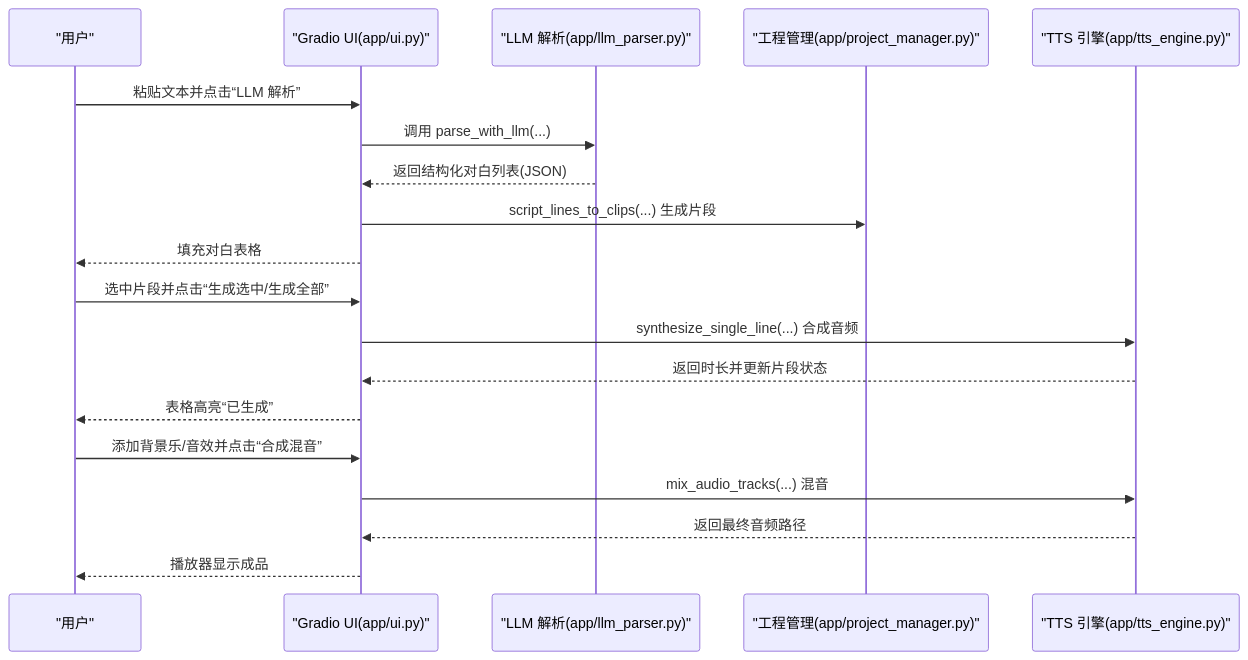
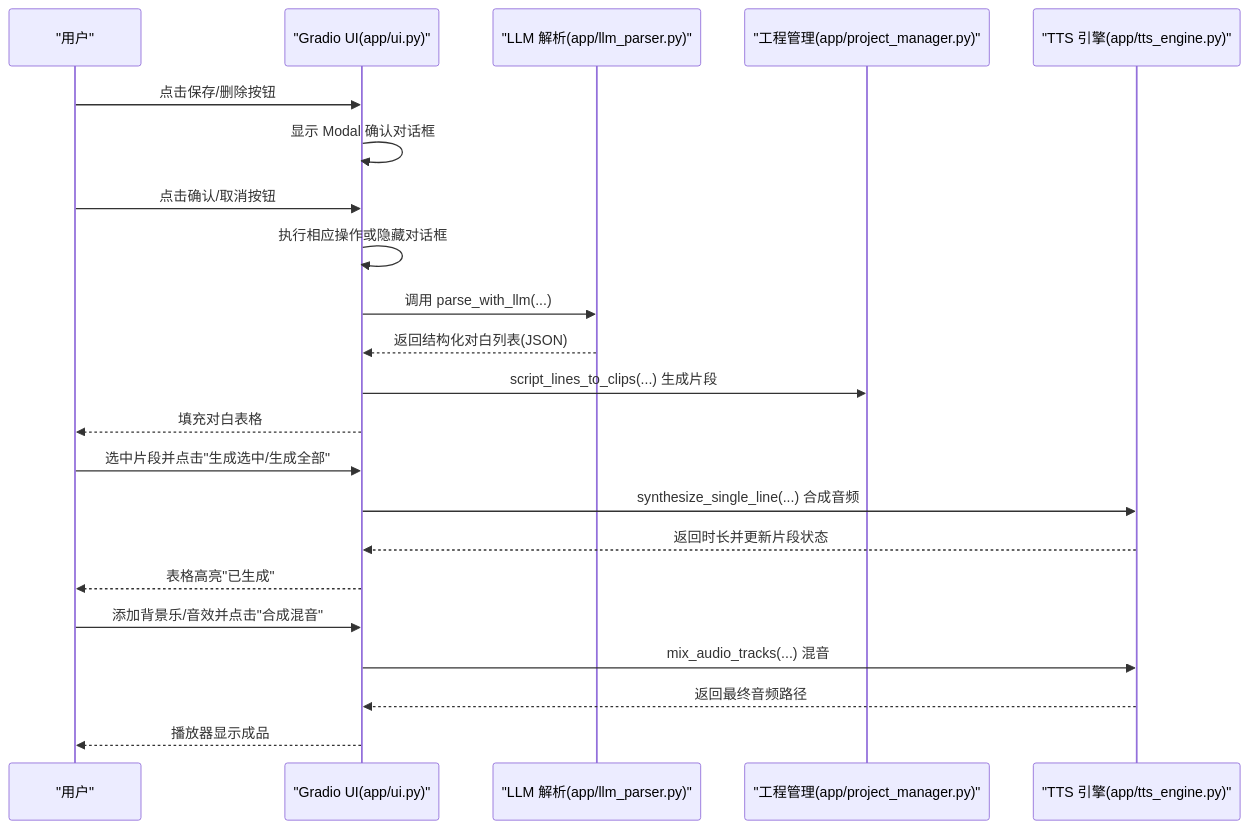
The second of 3 diagrams in .qoder/repowiki/zh/content/用户界面指南.md (sdjeny/tts-studio), drawn with Mermaid before and after one commit. The commit also changed other lines of this file and 10 other files, not shown here.

````diff
--- a/.qoder/repowiki/zh/content/用户界面指南.md
+++ b/.qoder/repowiki/zh/content/用户界面指南.md
@@ -83,21 +104,24 @@
 ```mermaid
 sequenceDiagram
 participant U as "用户"
 participant UI as "Gradio UI(app/ui.py)"
 participant L as "LLM 解析(app/llm_parser.py)"
 participant PM as "工程管理(app/project_manager.py)"
 participant T as "TTS 引擎(app/tts_engine.py)"
-U->>UI : 粘贴文本并点击“LLM 解析”
+U->>UI : 点击保存/删除按钮
+UI->>UI : 显示 Modal 确认对话框
+U->>UI : 点击确认/取消按钮
+UI->>UI : 执行相应操作或隐藏对话框
 UI->>L : 调用 parse_with_llm(...)
 L-->>UI : 返回结构化对白列表(JSON)
 UI->>PM : script_lines_to_clips(...) 生成片段
 UI-->>U : 填充对白表格
-U->>UI : 选中片段并点击“生成选中/生成全部”
+U->>UI : 选中片段并点击"生成选中/生成全部"
 UI->>T : synthesize_single_line(...) 合成音频
 T-->>UI : 返回时长并更新片段状态
-UI-->>U : 表格高亮“已生成”
-U->>UI : 添加背景乐/音效并点击“合成混音”
+UI-->>U : 表格高亮"已生成"
+U->>UI : 添加背景乐/音效并点击"合成混音"
 UI->>T : mix_audio_tracks(...) 混音
 T-->>UI : 返回最终音频路径
 UI-->>U : 播放器显示成品
 ```
````
